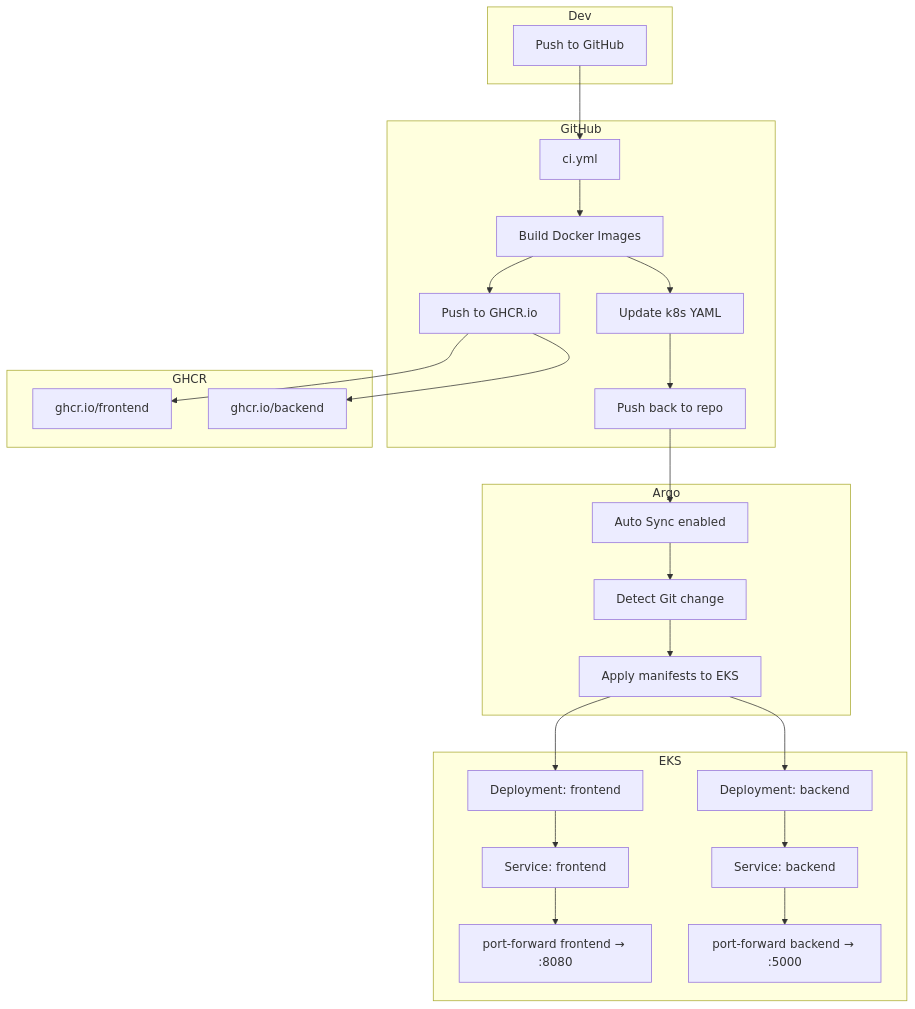
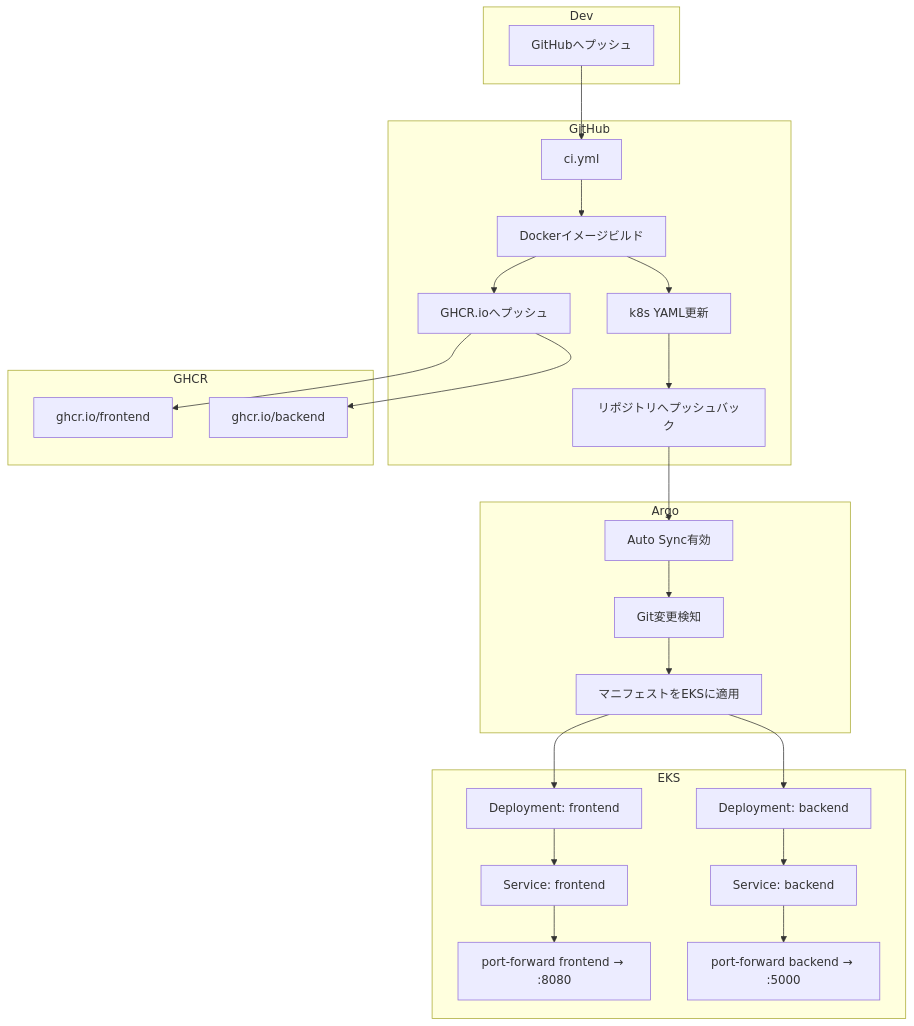
The diagram in README.md (JeEonPark/container-2025-final), drawn with Mermaid before and after one commit. The commit also changed other lines of this file and 1 other file, not shown here.

````diff
--- a/README.md
+++ b/README.md
@@ -89,47 +89,47 @@
 ```mermaid
 flowchart TD
   %% Developer
   subgraph Dev
-    A1[Push to GitHub]
+    A1[GitHubへプッシュ]
   end
 
   %% GitHub Actions
   subgraph GitHub
     A2[ci.yml]
-    A3[Build Docker Images]
-    A4[Push to GHCR.io]
-    A5[Update k8s YAML]
-    A6[Push back to repo]
+    A3[Dockerイメージビルド]
+    A4[GHCR.ioへプッシュ]
+    A5[k8s YAML更新]
+    A6[リポジトリへプッシュバック]
   end
 
   %% Argo CD
   subgraph Argo
-    B1[Auto Sync enabled]
-    B2[Detect Git change]
-    B3[Apply manifests to EKS]
+    B1[Auto Sync有効]
+    B2[Git変更検知]
+    B3[マニフェストをEKSに適用]
   end
 
-  %% EKS Cluster
+  %% EKSクラスター
   subgraph EKS
     C1[Deployment: frontend]
     C2[Deployment: backend]
     S1[Service: frontend]
     S2[Service: backend]
     FW1[port-forward frontend → :8080]
     FW2[port-forward backend → :5000]
   end
 
-  %% GHCR Registry
+  %% GHCRレジストリ
   subgraph GHCR
     R1[ghcr.io/frontend]
     R2[ghcr.io/backend]
   end
 
   A1 --> A2 --> A3 --> A4
   A4 --> R1 & R2
   A3 --> A5 --> A6 --> B1
   B1 --> B2 --> B3
   B3 --> C1 & C2
   C1 --> S1 --> FW1
   C2 --> S2 --> FW2
 ```
````
